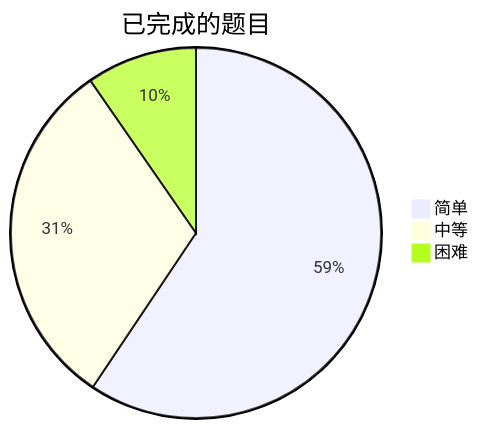
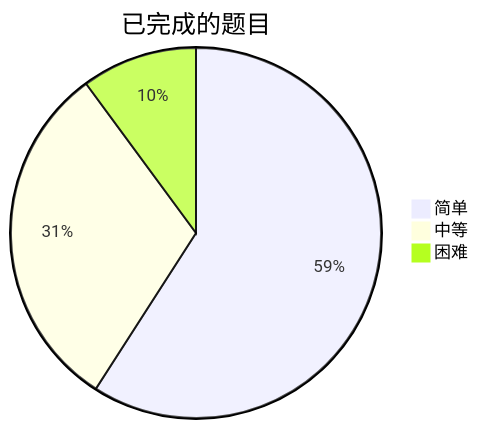
One commit to kaisa911/LeetCode changed the diagram in README.md. Above: the diagram before and after it, drawn with Mermaid. The commit also changed other lines of this file and 2 other files, not shown here.

````diff
--- a/README.md
+++ b/README.md
@@ -12,7 +12,7 @@
 ```mermaid
 pie title 已完成的题目
     "简单" : 117
     "中等" : 61
-    "困难" : 19
+    "困难" : 20
 
 ```
````
